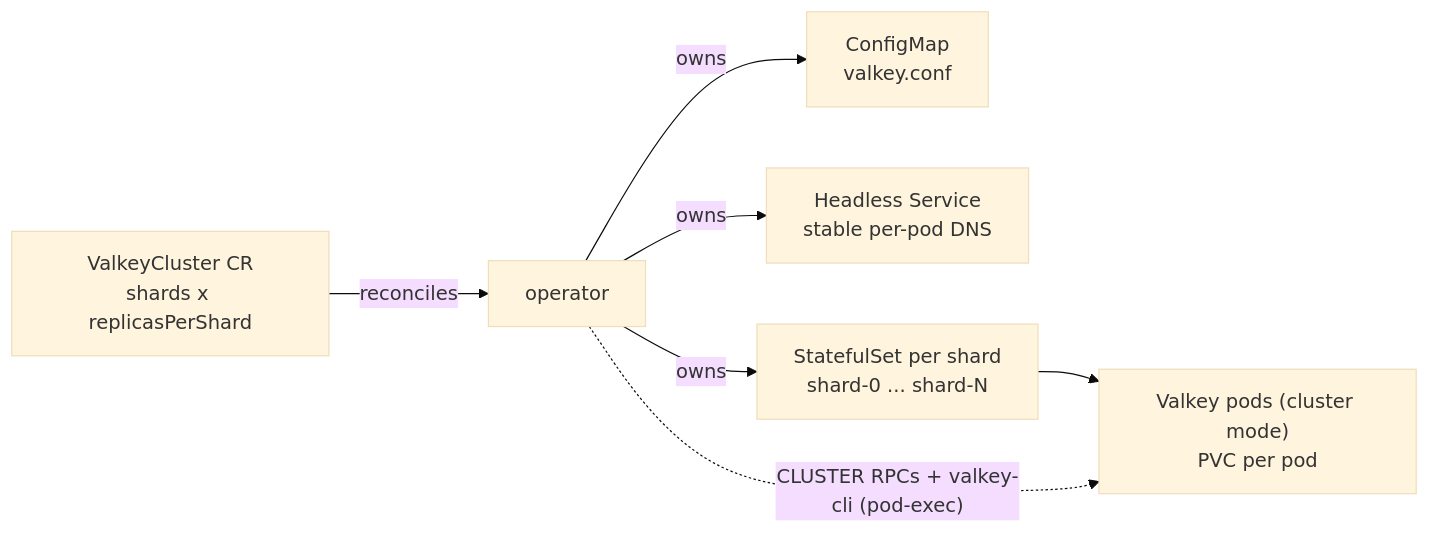
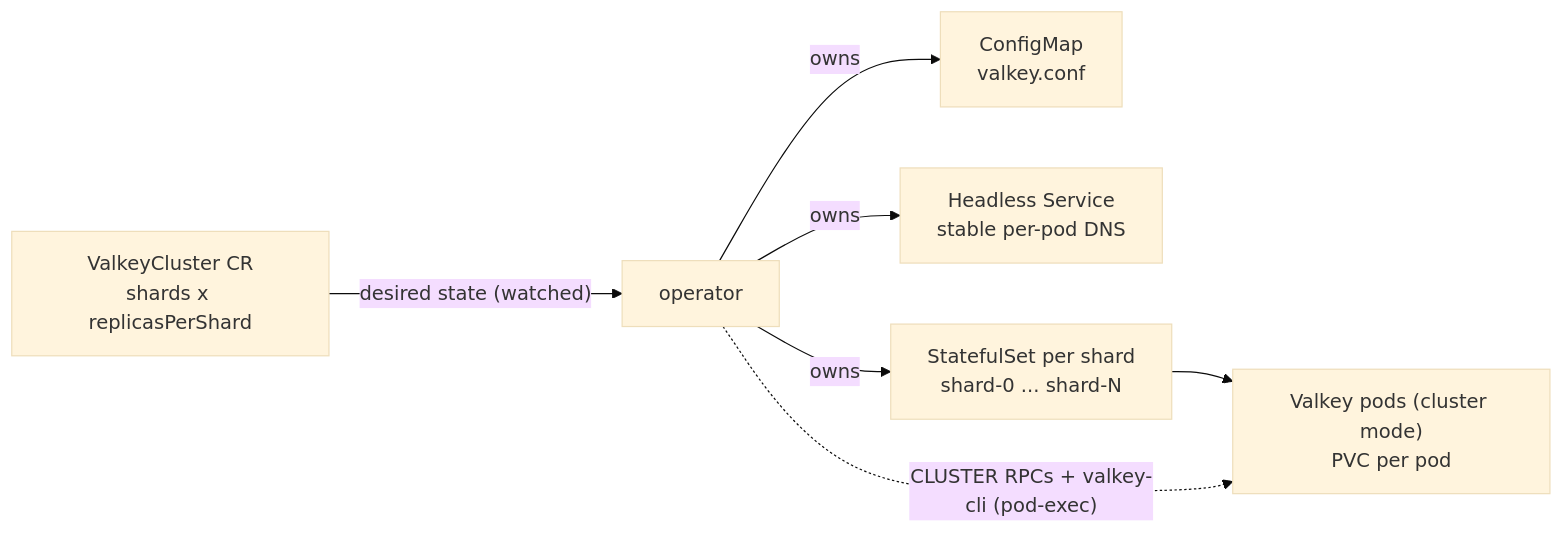
One commit to razkevich/valkeycluster-operator changed the diagram in docs/walkthrough.md. Above: the diagram before and after it, drawn with Mermaid (base theme). The commit also changed 2 other files, not shown here.

Commit message:
docs: fix diagram edge label — CR is the operator's desired-state input, not 'reconciles'
The CR->operator arrow read as 'the CR reconciles the operator', which is
backwards. Relabel it 'desired state (watched)': the operator watches the CR and
reconciles the owned resources toward it.

````diff
--- a/docs/walkthrough.md
+++ b/docs/walkthrough.md
@@ -58,9 +58,9 @@
 ```mermaid
 flowchart LR
-  CR["ValkeyCluster CR<br/>shards x replicasPerShard"] -->|reconciles| OP["operator"]
+  CR["ValkeyCluster CR<br/>shards x replicasPerShard"] -->|"desired state (watched)"| OP["operator"]
   OP -->|owns| CM["ConfigMap<br/>valkey.conf"]
   OP -->|owns| SVC["Headless Service<br/>stable per-pod DNS"]
   OP -->|owns| STS["StatefulSet per shard<br/>shard-0 ... shard-N"]
   STS --> POD["Valkey pods (cluster mode)<br/>PVC per pod"]
   OP -.->|"CLUSTER RPCs + valkey-cli (pod-exec)"| POD
 ```
````
